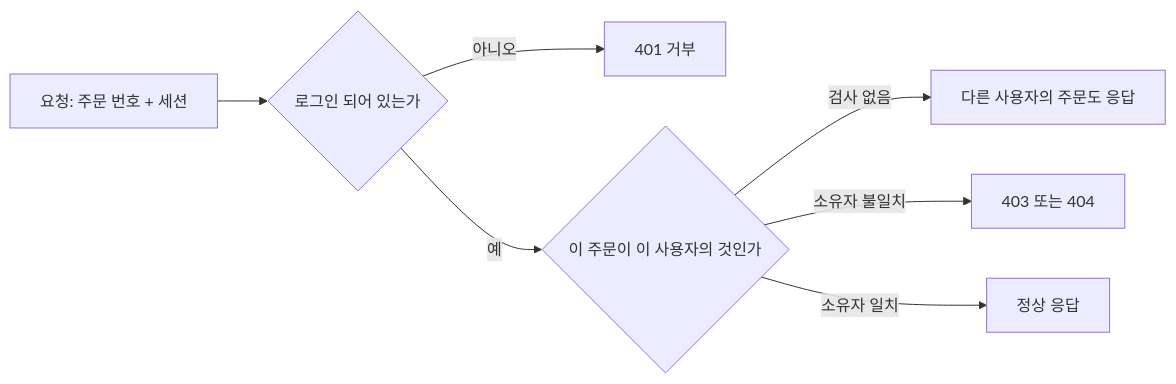
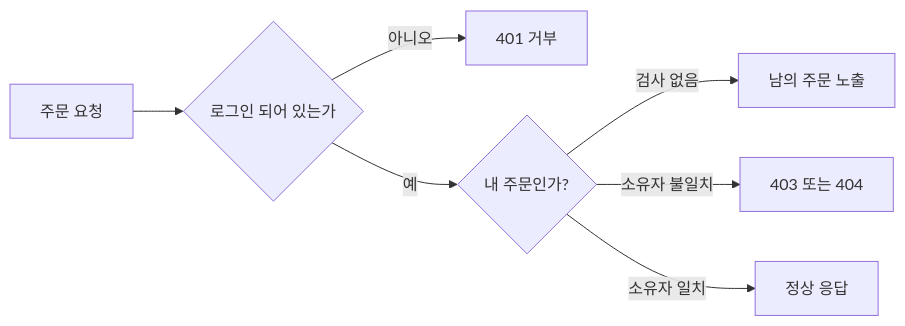
The diagram in _notes/broken-access-control-idor.md (logiciris/logiciris.github.io), drawn with Mermaid before and after one commit. The commit also changed other lines of this file and 28 other files, not shown here.

Commit message:
Notes batches 1-2: qa fixes (accuracy, links, mermaid labels)

````diff
--- a/_notes/broken-access-control-idor.md
+++ b/_notes/broken-access-control-idor.md
@@ -20,9 +20,9 @@
 ```mermaid
 flowchart LR
-    R["요청: 주문 번호 + 세션"] --> A{"로그인 되어 있는가"}
+    R["주문 요청"] --> A{"로그인 되어 있는가"}
     A -->|"아니오"| X1["401 거부"]
-    A -->|"예"| B{"이 주문이 이 사용자의 것인가"}
-    B -->|"검사 없음"| L["다른 사용자의 주문도 응답"]
+    A -->|"예"| B{"내 주문인가?"}
+    B -->|"검사 없음"| L["남의 주문 노출"]
     B -->|"소유자 불일치"| X2["403 또는 404"]
     B -->|"소유자 일치"| OK["정상 응답"]
 ```
````
